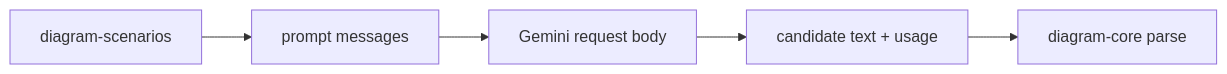
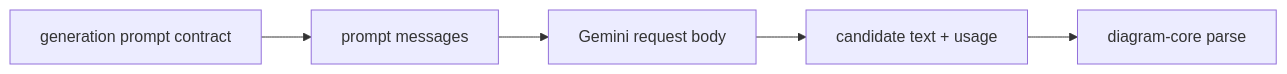
One commit to shpitdev/sketchi changed the diagram in packages/diagram-generation/README.md. Above: the diagram before and after it, drawn with Mermaid. The commit also changed other lines of this file and 23 other files, not shown here.

````diff
--- a/packages/diagram-generation/README.md
+++ b/packages/diagram-generation/README.md
@@ -5,7 +5,7 @@
 ```mermaid
 flowchart LR
-  Scenario["diagram-scenarios"] --> Messages["prompt messages"]
+  Prompt["generation prompt contract"] --> Messages["prompt messages"]
   Messages --> Gemini["Gemini request body"]
   Gemini --> Candidate["candidate text + usage"]
   Candidate --> Core["diagram-core parse"]
 ```
````
